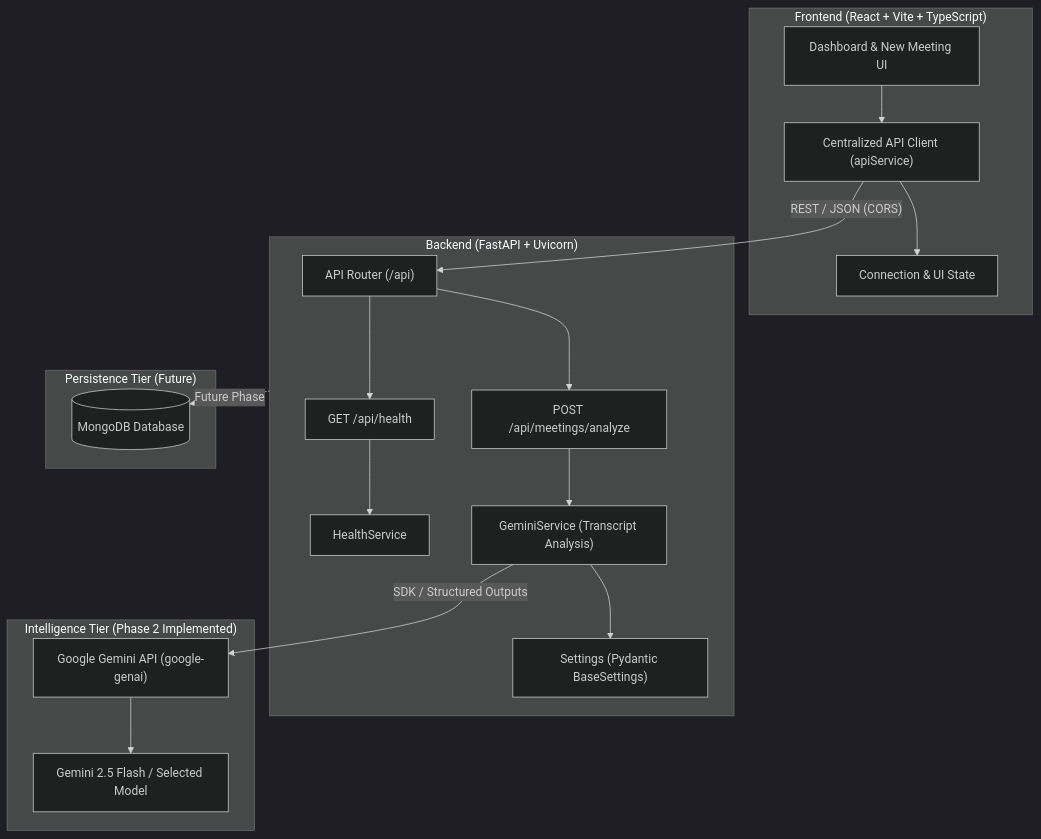
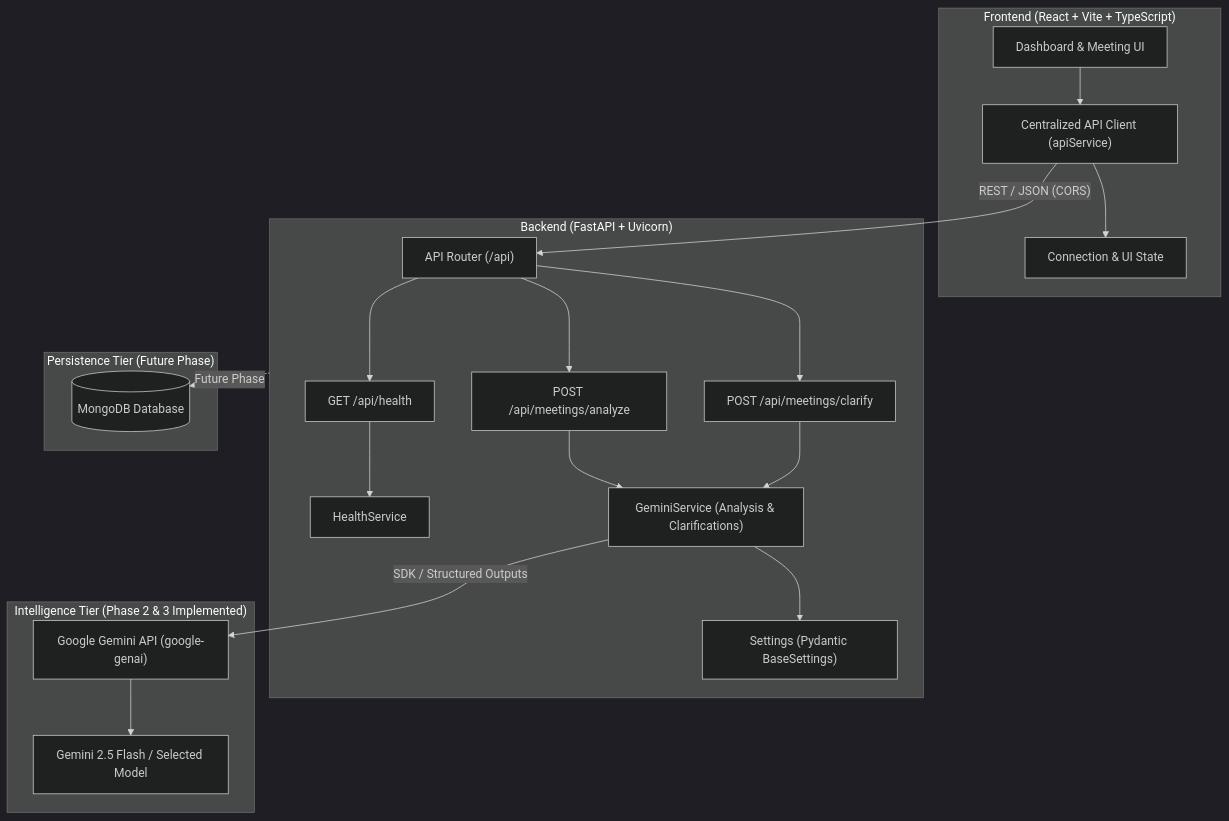
One commit to rohitt-prog/MeetMindAI changed the first of 2 diagrams in docs/architecture.md. Above: the diagram before and after it, drawn with Mermaid (dark theme). The commit also changed other lines of this file and 7 other files, not shown here.

````diff
--- a/docs/architecture.md
+++ b/docs/architecture.md
@@ -17,39 +17,42 @@
 ```mermaid
 graph TD
     subgraph Client ["Frontend (React + Vite + TypeScript)"]
-        UI["Dashboard & New Meeting UI"]
+        UI["Dashboard & Meeting UI"]
         APIService["Centralized API Client (apiService)"]
         State["Connection & UI State"]
         UI --> APIService
         APIService --> State
     end
 
     subgraph Service ["Backend (FastAPI + Uvicorn)"]
         Router["API Router (/api)"]
         HealthRoute["GET /api/health"]
         AnalyzeRoute["POST /api/meetings/analyze"]
+        ClarifyRoute["POST /api/meetings/clarify"]
         HealthService["HealthService"]
-        GeminiService["GeminiService (Transcript Analysis)"]
+        GeminiService["GeminiService (Analysis & Clarifications)"]
         Config["Settings (Pydantic BaseSettings)"]
         
         Router --> HealthRoute
         Router --> AnalyzeRoute
+        Router --> ClarifyRoute
         HealthRoute --> HealthService
         AnalyzeRoute --> GeminiService
+        ClarifyRoute --> GeminiService
         GeminiService --> Config
     end
 
-    subgraph AI ["Intelligence Tier (Phase 2 Implemented)"]
+    subgraph AI ["Intelligence Tier (Phase 2 & 3 Implemented)"]
         GeminiSDK["Google Gemini API (google-genai)"]
         GeminiFlash["Gemini 2.5 Flash / Selected Model"]
         GeminiSDK --> GeminiFlash
     end
 
-    subgraph Database ["Persistence Tier (Future)"]
+    subgraph Database ["Persistence Tier (Future Phase)"]
         MongoStore[("MongoDB Database")]
     end
 
     APIService -- "REST / JSON (CORS)" --> Router
     GeminiService -- "SDK / Structured Outputs" --> GeminiSDK
     Service -. "Future Phase" .-> MongoStore
 ```
````
